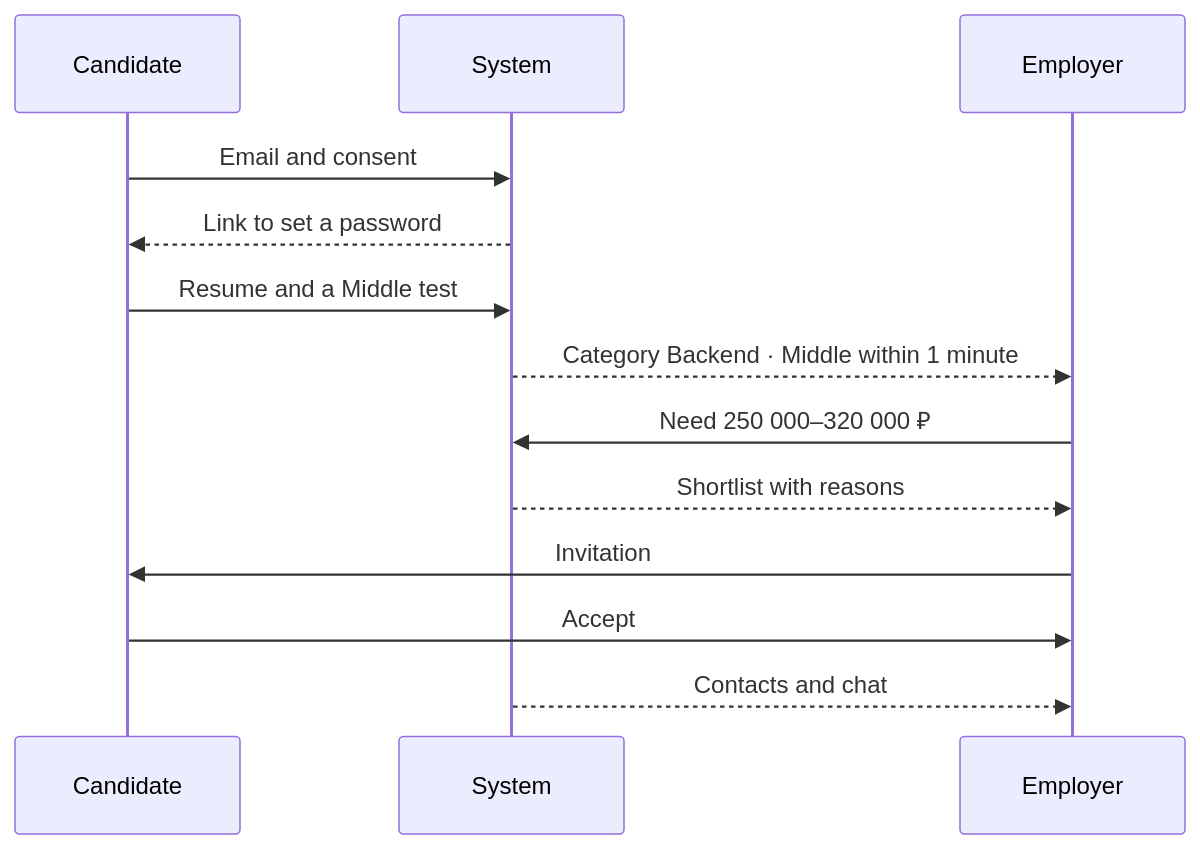
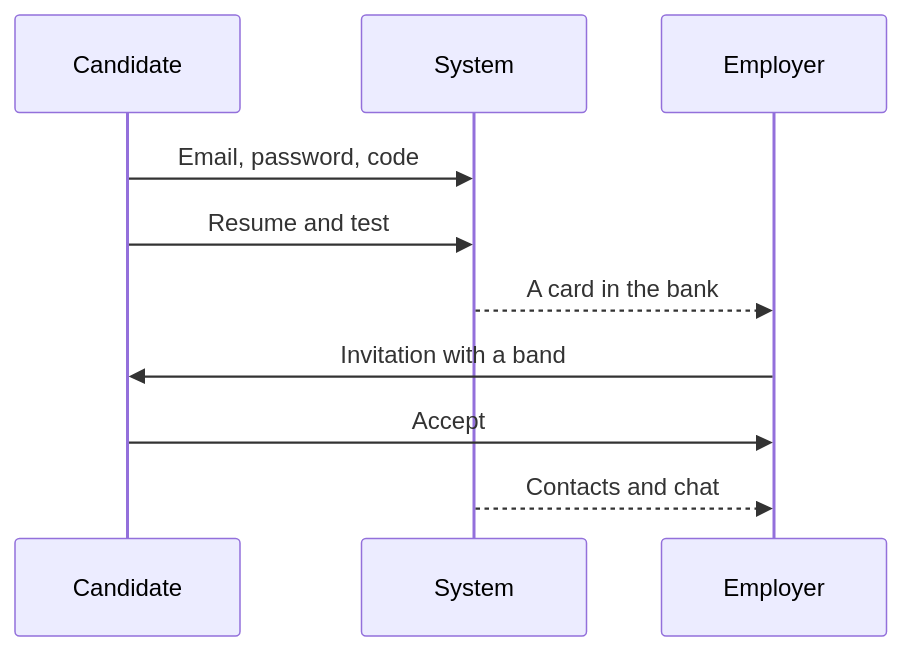
One commit to Re-Hub-TUSUR/LCT_FSP changed the diagram in docs-zensical/docs/en/user-flows/demo.md. Above: the diagram before and after it, drawn with Mermaid. The commit also changed other lines of this file and 67 other files, not shown here.

````diff
--- a/docs-zensical/docs/en/user-flows/demo.md
+++ b/docs-zensical/docs/en/user-flows/demo.md
@@ -9,15 +9,12 @@
 ```mermaid
 sequenceDiagram
   participant C as Candidate
   participant S as System
   participant E as Employer
-  C->>S: Email and consent
-  S-->>C: Link to set a password
-  C->>S: Resume and a Middle test
-  S-->>E: Category Backend · Middle within 1 minute
-  E->>S: Need 250 000–320 000 ₽
-  S-->>E: Shortlist with reasons
-  E->>C: Invitation
+  C->>S: Email, password, code
+  C->>S: Resume and test
+  S-->>E: A card in the bank
+  E->>C: Invitation with a band
   C->>E: Accept
   S-->>E: Contacts and chat
 ```
````
